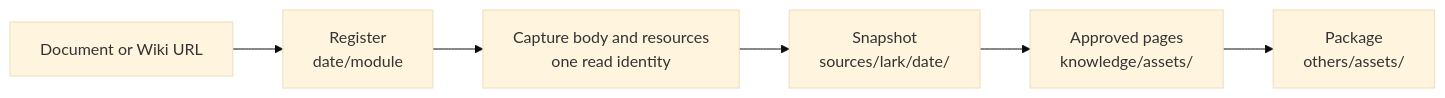
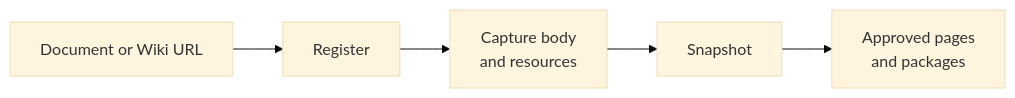
The diagram in knowledge/sop/registering-sources/lark-documents.md (context4ai/portal), drawn with Mermaid (base theme) before and after one commit. The commit also changed other lines of this file and 129 other files, not shown here.

````diff
--- a/knowledge/sop/registering-sources/lark-documents.md
+++ b/knowledge/sop/registering-sources/lark-documents.md
@@ -14,8 +14,7 @@
 ```mermaid
 flowchart LR
-  url["Document or Wiki URL"] --> reg["Register<br/>date/module"]
-  reg --> cap["Capture body and resources<br/>one read identity"]
-  cap --> snap["Snapshot<br/>sources/lark/date/"]
-  snap --> pages["Approved pages<br/>knowledge/assets/"]
-  pages --> pkg["Package<br/>others/assets/"]
+  url["Document or Wiki URL"] --> reg["Register"]
+  reg --> cap["Capture body<br/>and resources"]
+  cap --> snap["Snapshot"]
+  snap --> pages["Approved pages<br/>and packages"]
 ```
````
